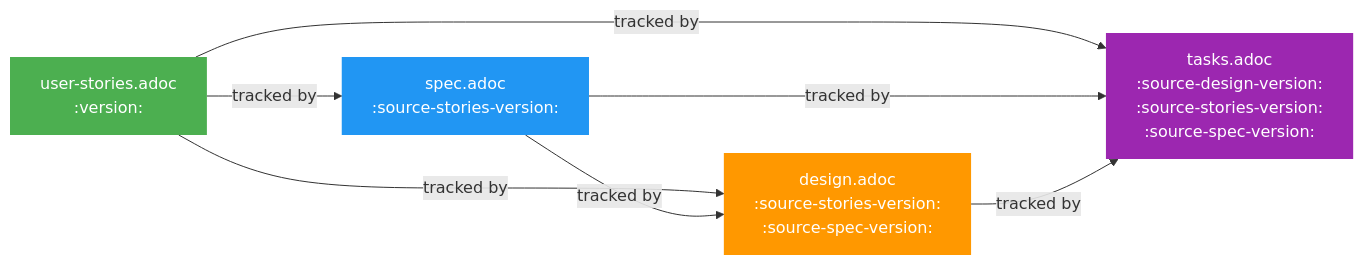
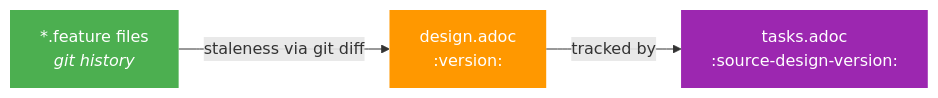
Before and after one commit to provenimpact/proven-needs: the sixth of 6 diagrams in README.md, drawn with Mermaid. The commit also changed other lines of this file and 18 other files, not shown here.

First line of the commit message:
feat!: replace stories, spec, and tests with unified Gherkin feature files

````diff
--- a/README.md
+++ b/README.md
@@ -352,19 +326,13 @@
 ```mermaid
 flowchart LR
-    S["user-stories.adoc<br/>:version:"]
-    SP["spec.adoc<br/>:source-stories-version:"]
-    D["design.adoc<br/>:source-stories-version:<br/>:source-spec-version:"]
-    T["tasks.adoc<br/>:source-design-version:<br/>:source-stories-version:<br/>:source-spec-version:"]
+    F["*.feature files<br/><i>git history</i>"]
+    D["design.adoc<br/>:version:"]
+    T["tasks.adoc<br/>:source-design-version:"]
 
-    S -->|tracked by| SP
-    S -->|tracked by| D
-    SP -->|tracked by| D
-    S -->|tracked by| T
-    SP -->|tracked by| T
+    F -->|staleness via git diff| D
     D -->|tracked by| T
 
-    style S fill:#4CAF50,color:#fff,stroke:none
-    style SP fill:#2196F3,color:#fff,stroke:none
+    style F fill:#4CAF50,color:#fff,stroke:none
     style D fill:#FF9800,color:#fff,stroke:none
     style T fill:#9C27B0,color:#fff,stroke:none
 ```
````
